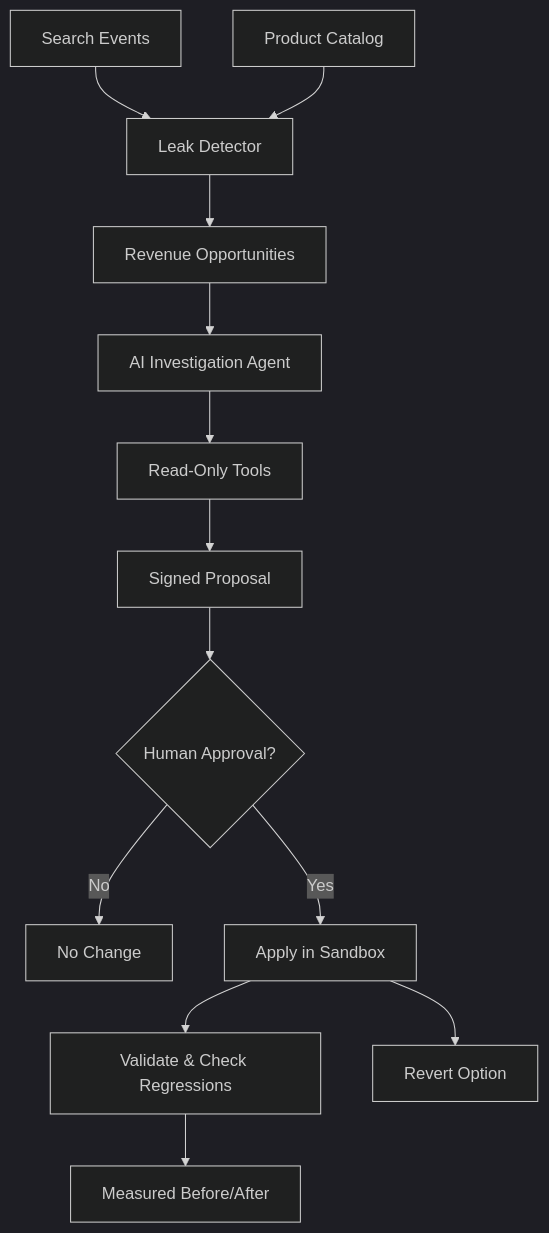
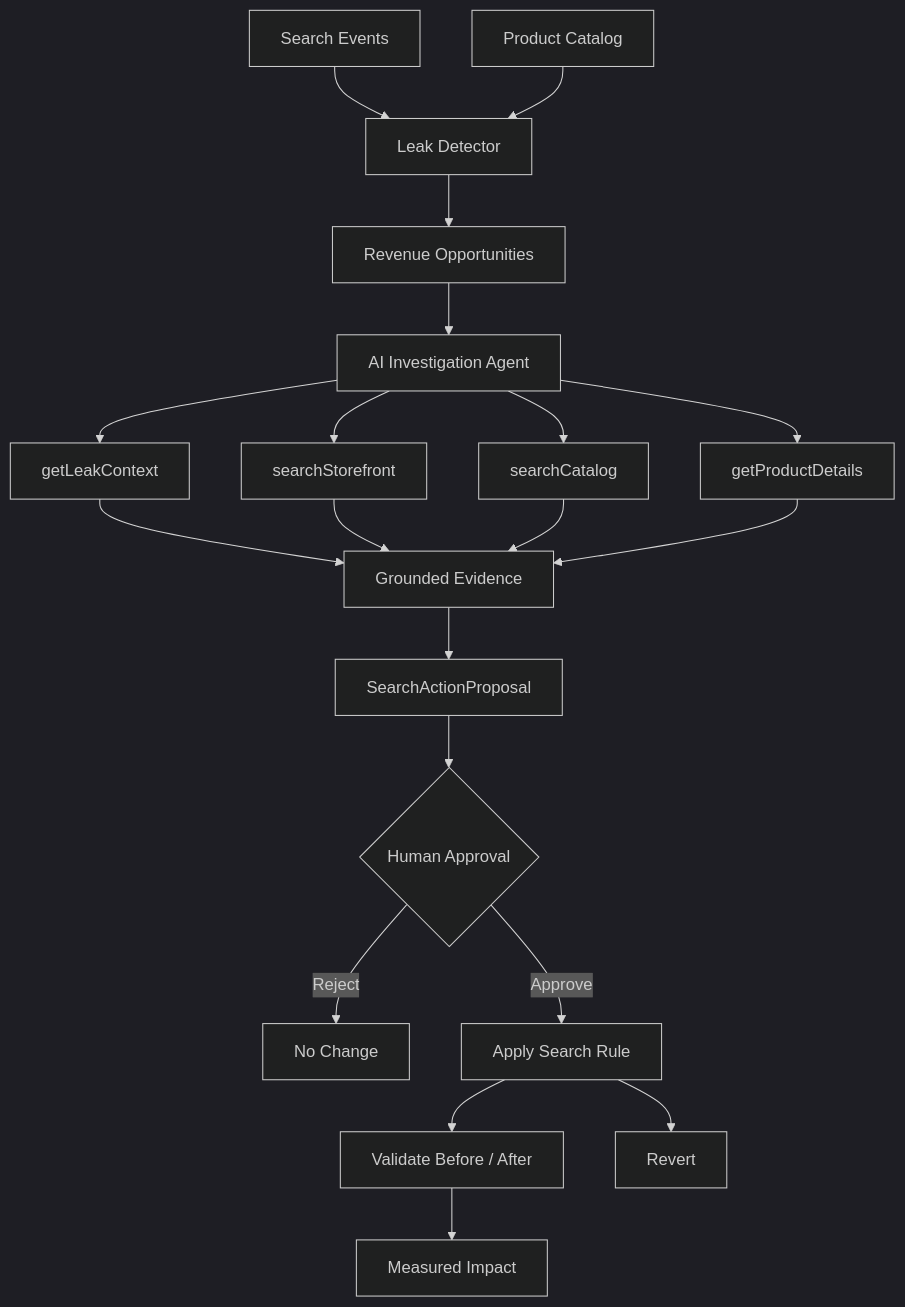
The diagram in README.md (guicaettano/carcarah), drawn with Mermaid (dark theme) before and after one commit. The commit also changed other lines of this file, not shown here.

````diff
--- a/README.md
+++ b/README.md
@@ -141,19 +152,31 @@
 ```mermaid
 flowchart TD
     Events[Search Events] --> Detect[Leak Detector]
     Catalog[Product Catalog] --> Detect
+    
     Detect --> Dashboard[Revenue Opportunities]
     
     Dashboard --> Investigate[AI Investigation Agent]
-    Investigate --> Tools[Read-Only Tools]
-    Tools --> Proposal[Signed Proposal]
     
-    Proposal --> Approval{Human Approval?}
-    Approval -->|No| Stop[No Change]
-    Approval -->|Yes| Apply[Apply in Sandbox]
+    Investigate --> Context[getLeakContext]
+    Investigate --> Storefront[searchStorefront]
+    Investigate --> Search[searchCatalog]
+    Investigate --> Product[getProductDetails]
     
-    Apply --> Validate[Validate & Check Regressions]
-    Validate --> Results[Measured Before/After]
+    Context --> Evidence[Grounded Evidence]
+    Storefront --> Evidence
+    Search --> Evidence
+    Product --> Evidence
     
-    Apply --> Revert[Revert Option]
+    Evidence --> Proposal[SearchActionProposal]
+    
+    Proposal --> Approval{Human Approval}
+    
+    Approval -->|Reject| Stop[No Change]
+    Approval -->|Approve| Apply[Apply Search Rule]
+    
+    Apply --> Validate[Validate Before / After]
+    Validate --> Results[Measured Impact]
+    
+    Apply --> Revert[Revert]
 ```
````
